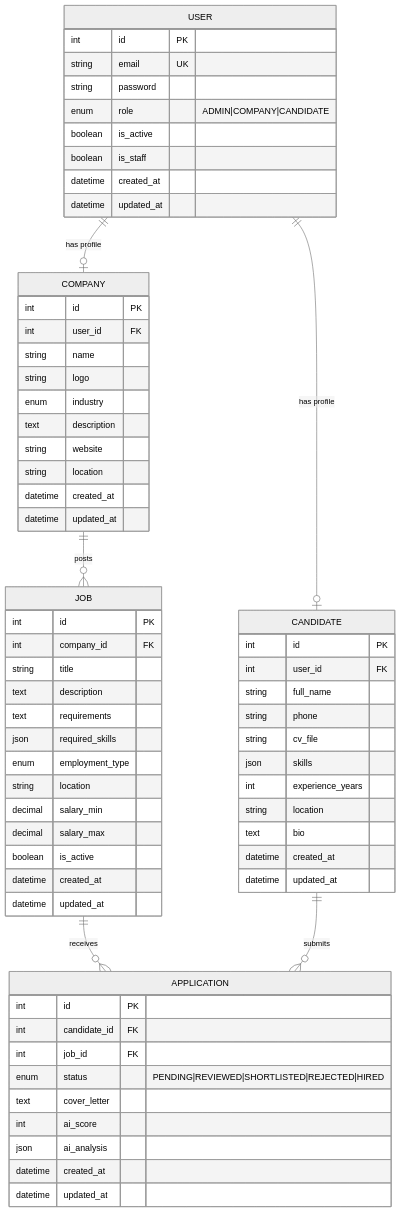
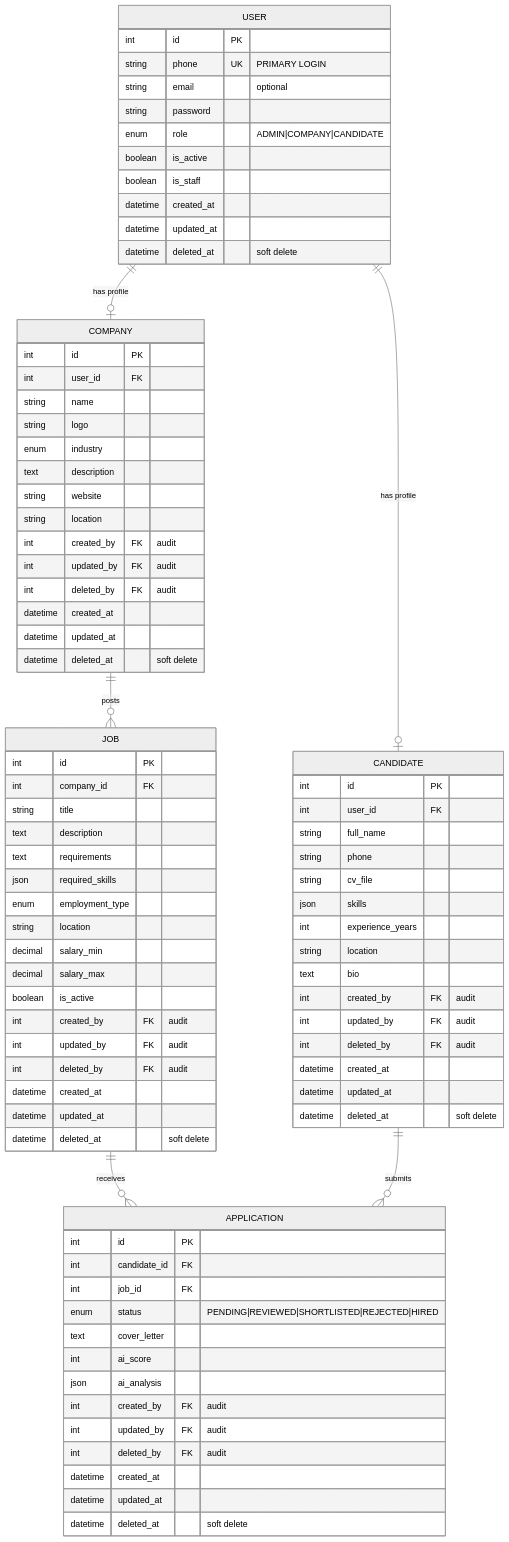
The diagram in docs/ERD.md (Majed-Biazid/mini-sbr-tower), drawn with Mermaid (neutral theme) before and after one commit. The commit also changed other lines of this file and 13 other files, not shown here.

````diff
--- a/docs/ERD.md
+++ b/docs/ERD.md
@@ -12,13 +23,15 @@
 
     USER {
         int id PK
-        string email UK
+        string phone UK "PRIMARY LOGIN"
+        string email "optional"
         string password
         enum role "ADMIN|COMPANY|CANDIDATE"
         boolean is_active
         boolean is_staff
         datetime created_at
         datetime updated_at
+        datetime deleted_at "soft delete"
     }
 
     COMPANY {
@@ -30,8 +43,12 @@
         text description
         string website
         string location
+        int created_by FK "audit"
+        int updated_by FK "audit"
+        int deleted_by FK "audit"
         datetime created_at
         datetime updated_at
+        datetime deleted_at "soft delete"
     }
 
     CANDIDATE {
@@ -44,8 +61,12 @@
         int experience_years
         string location
         text bio
+        int created_by FK "audit"
+        int updated_by FK "audit"
+        int deleted_by FK "audit"
         datetime created_at
         datetime updated_at
+        datetime deleted_at "soft delete"
     }
 
     JOB {
@@ -60,8 +81,12 @@
         decimal salary_min
         decimal salary_max
         boolean is_active
+        int created_by FK "audit"
+        int updated_by FK "audit"
+        int deleted_by FK "audit"
         datetime created_at
         datetime updated_at
+        datetime deleted_at "soft delete"
     }
 
     APPLICATION {
@@ -72,7 +97,11 @@
         text cover_letter
         int ai_score
         json ai_analysis
+        int created_by FK "audit"
+        int updated_by FK "audit"
+        int deleted_by FK "audit"
         datetime created_at
         datetime updated_at
+        datetime deleted_at "soft delete"
     }
 ```
````
